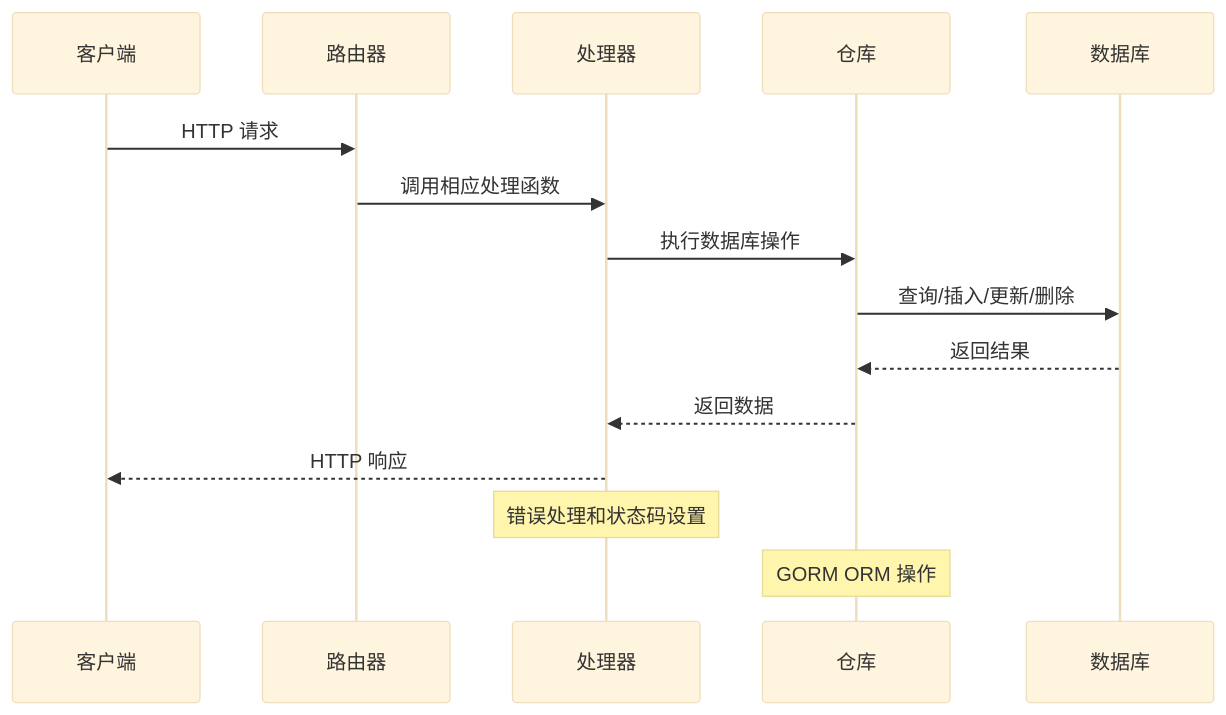
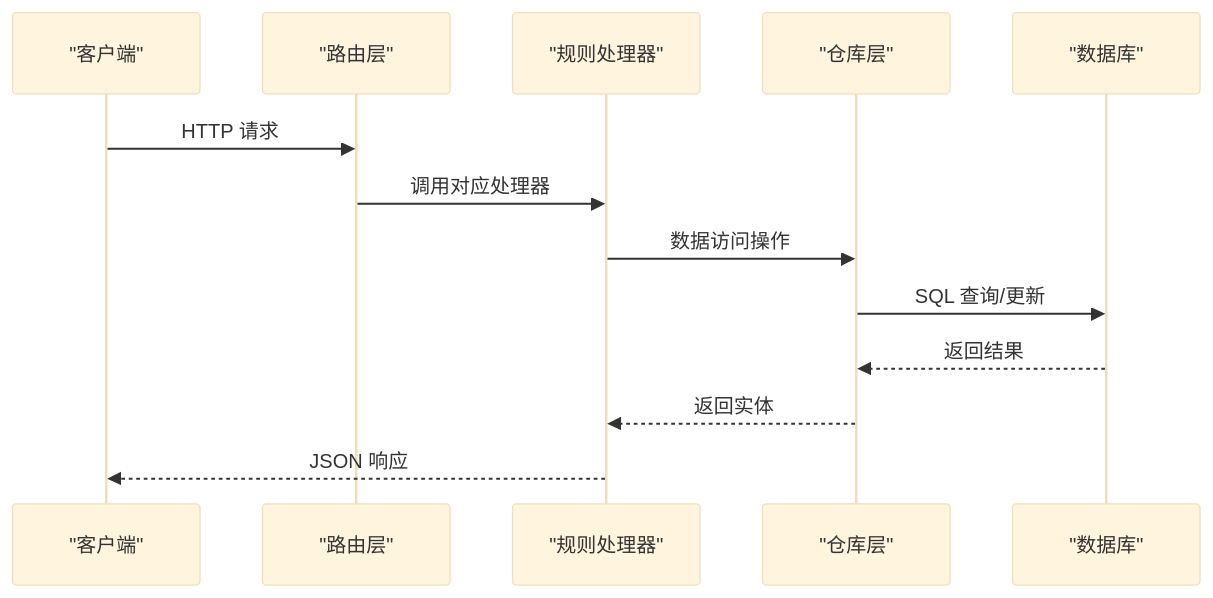
One commit to x01n/My-OpenWaf changed the third of 10 diagrams in docs/管理 API 系统/规则管理 API/规则 CRUD 操作.md. Above: the diagram before and after it, drawn with Mermaid (base theme). The commit also changed other lines of this file and 199 other files, not shown here.

````diff
--- a/docs/管理 API 系统/规则管理 API/规则 CRUD 操作.md
+++ b/docs/管理 API 系统/规则管理 API/规则 CRUD 操作.md
@@ -152,17 +121,15 @@
 ```mermaid
 sequenceDiagram
-participant Client as 客户端
-participant Router as 路由器
-participant Handler as 处理器
-participant Repo as 仓库
-participant DB as 数据库
+participant Client as "客户端"
+participant Router as "路由层"
+participant Handler as "规则处理器"
+participant Repo as "仓库层"
+participant DB as "数据库"
 Client->>Router : HTTP 请求
-Router->>Handler : 调用相应处理函数
-Handler->>Repo : 执行数据库操作
-Repo->>DB : 查询/插入/更新/删除
+Router->>Handler : 调用对应处理器
+Handler->>Repo : 数据访问操作
+Repo->>DB : SQL 查询/更新
 DB-->>Repo : 返回结果
-Repo-->>Handler : 返回数据
-Handler-->>Client : HTTP 响应
-Note over Handler : 错误处理和状态码设置
-Note over Repo : GORM ORM 操作
+Repo-->>Handler : 返回实体
+Handler-->>Client : JSON 响应
 ```
````
